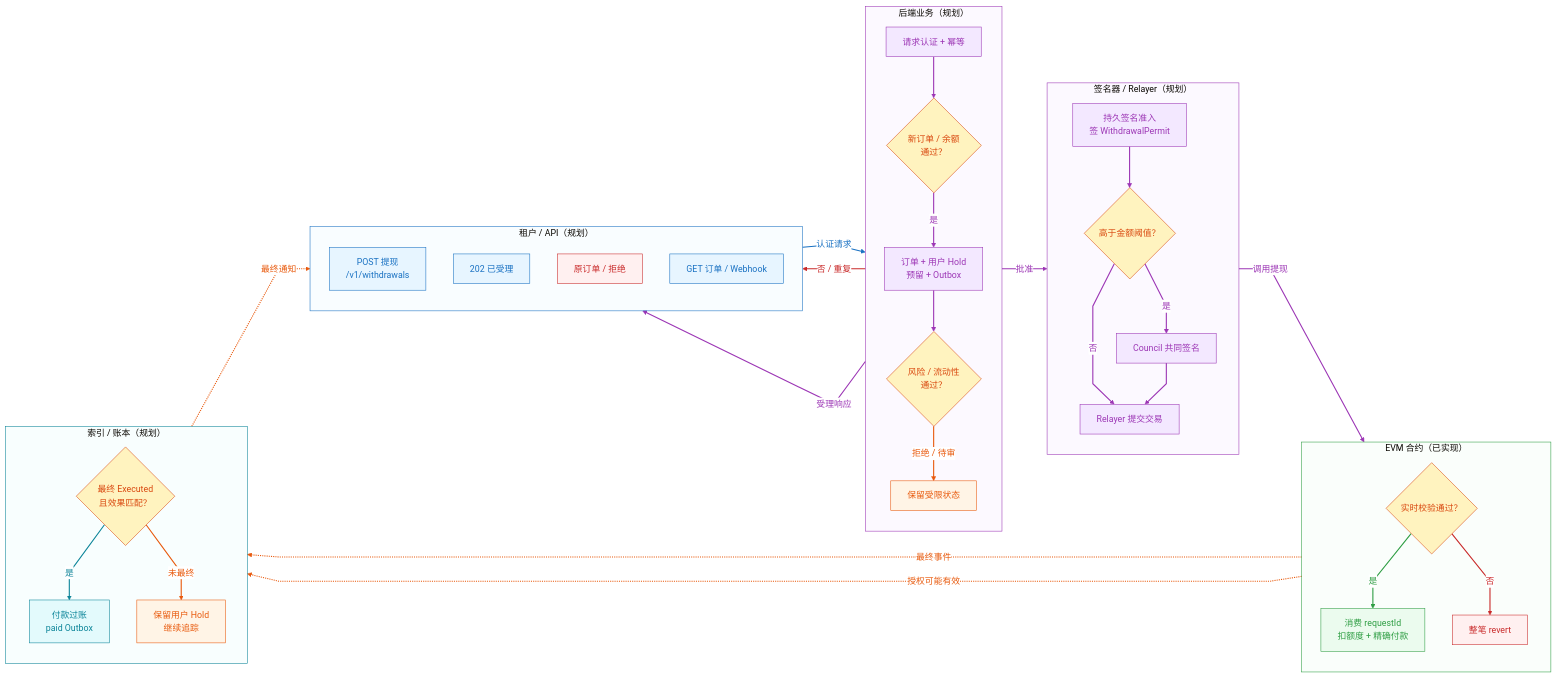
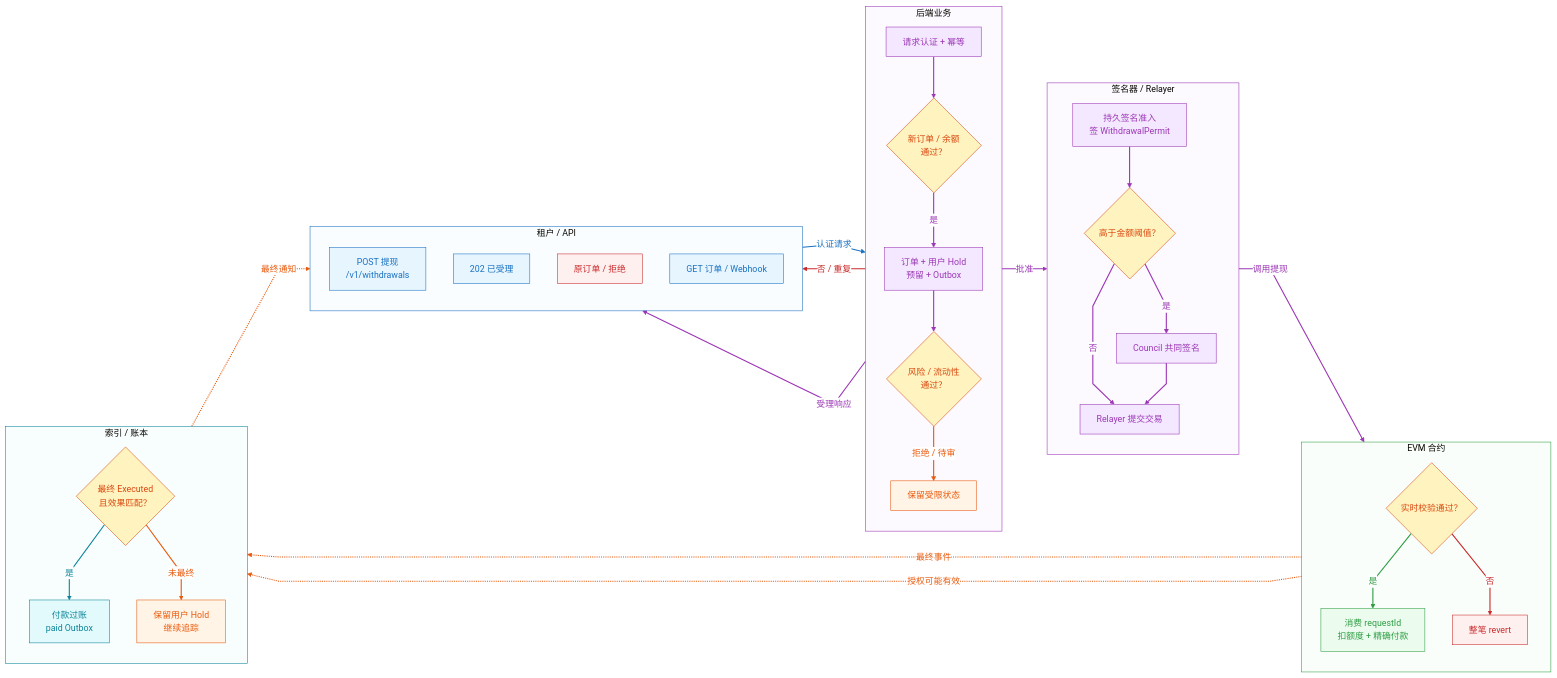
Before and after one commit to Alonoril/wallet-platform: the fifth of 12 diagrams in docs/contract-multitenant-wallet-design/swimlanes/README.md, drawn with Mermaid. The commit also changed other lines of this file and 39 other files, not shown here.

````diff
--- a/docs/contract-multitenant-wallet-design/swimlanes/README.md
+++ b/docs/contract-multitenant-wallet-design/swimlanes/README.md
@@ -452,14 +452,14 @@
 ```mermaid
 %%{init: {"theme":"base","flowchart":{"curve":"linear"},"themeVariables":{"lineColor":"#1971c2","edgeLabelBackground":"#ffffff"}}}%%
 flowchart LR
-  subgraph API["租户 / API（规划）"]
+  subgraph API["租户 / API"]
     direction TB
     request["POST 提现<br>/v1/withdrawals"]
     reply["202 已受理"]
     reject["原订单 / 拒绝"]
     notice["GET 订单 / Webhook"]
   end
-  subgraph APP["后端业务（规划）"]
+  subgraph APP["后端业务"]
     direction TB
     auth["请求认证 + 幂等"]
     unique{"新订单 / 余额<br>通过？"}
@@ -467,20 +467,20 @@
     risk{"风险 / 流动性<br>通过？"}
     wait["保留受限状态"]
   end
-  subgraph AUTH["签名器 / Relayer（规划）"]
+  subgraph AUTH["签名器 / Relayer"]
     direction TB
     gate["持久签名准入<br>签 WithdrawalPermit"]
     large{"高于金额阈值？"}
     council["Council 共同签名"]
     send["Relayer 提交交易"]
   end
-  subgraph EVM["EVM 合约（已实现）"]
+  subgraph EVM["EVM 合约"]
     direction TB
     verify{"实时校验通过？"}
     pay["消费 requestId<br>扣额度 + 精确付款"]
     revert["整笔 revert"]
   end
-  subgraph BOOK["索引 / 账本（规划）"]
+  subgraph BOOK["索引 / 账本"]
     direction TB
     final{"最终 Executed<br>且效果匹配？"}
     uncertain["保留用户 Hold<br>继续追踪"]
````
